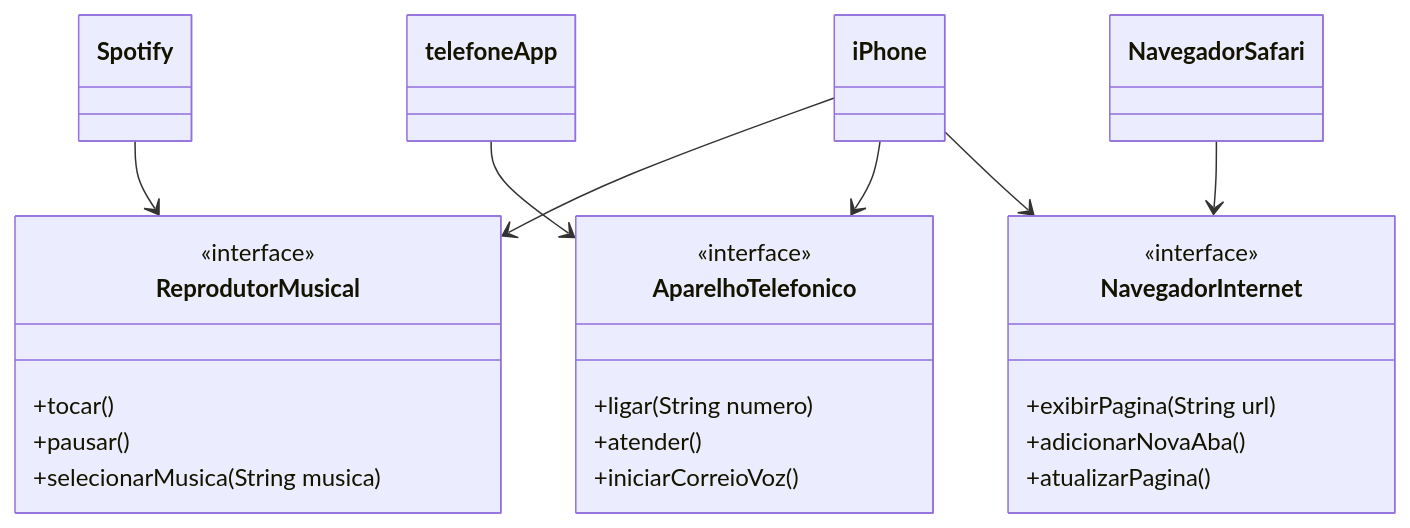
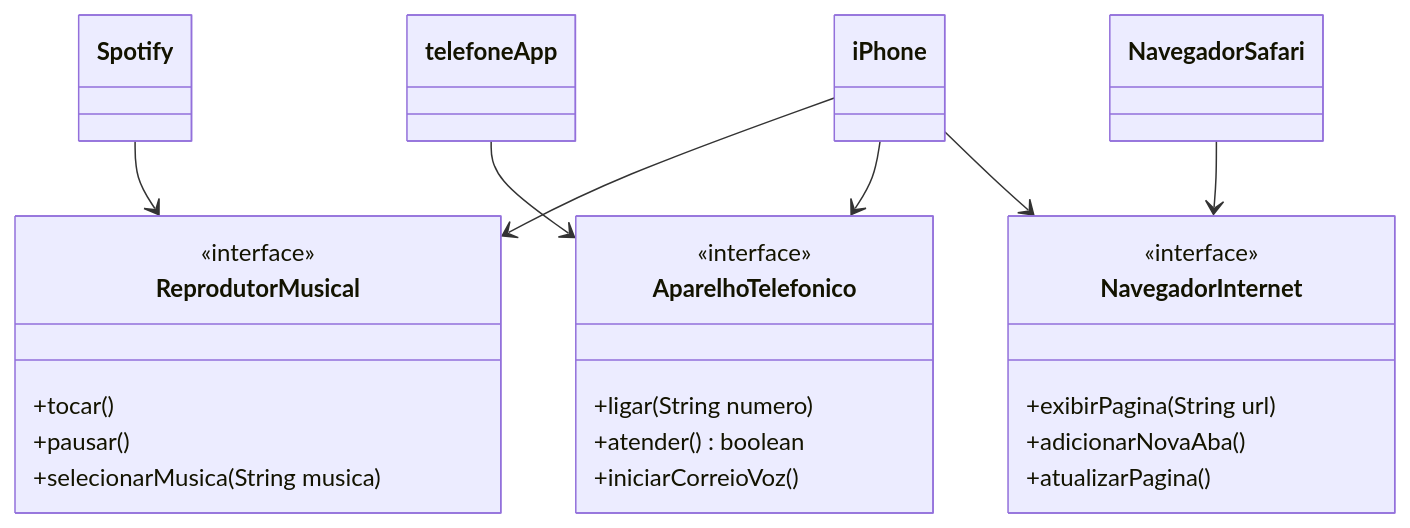
One commit to RafaelHGSdev/modelagem-Iphone-DIO changed the diagram in README.md. Above: the diagram before and after it, drawn with Mermaid.

````diff
--- a/README.md
+++ b/README.md
@@ -37,43 +37,43 @@
 ```mermaid
 classDiagram
     class ReprodutorMusical {
         <<interface>>
         +tocar()
         +pausar()
         +selecionarMusica(String musica)
     }
 
     class AparelhoTelefonico {
         <<interface>>
         +ligar(String numero)
-        +atender()
+        +atender() boolean
         +iniciarCorreioVoz()
     }
 
     class NavegadorInternet {
         <<interface>>
         +exibirPagina(String url)
         +adicionarNovaAba()
         +atualizarPagina()
     }
 
     class Spotify {
     }
     class telefoneApp {
     }
     class NavegadorSafari {
     }
     class iPhone {
     }
 
     %% Implementação das interfaces pelas classes concretas
     Spotify --> ReprodutorMusical
     telefoneApp --> AparelhoTelefonico
     NavegadorSafari --> NavegadorInternet
 
     %% Conectando o iPhone por último para forçá-lo abaixo
     iPhone --> ReprodutorMusical
     iPhone --> AparelhoTelefonico
     iPhone --> NavegadorInternet
 
 ```
````
